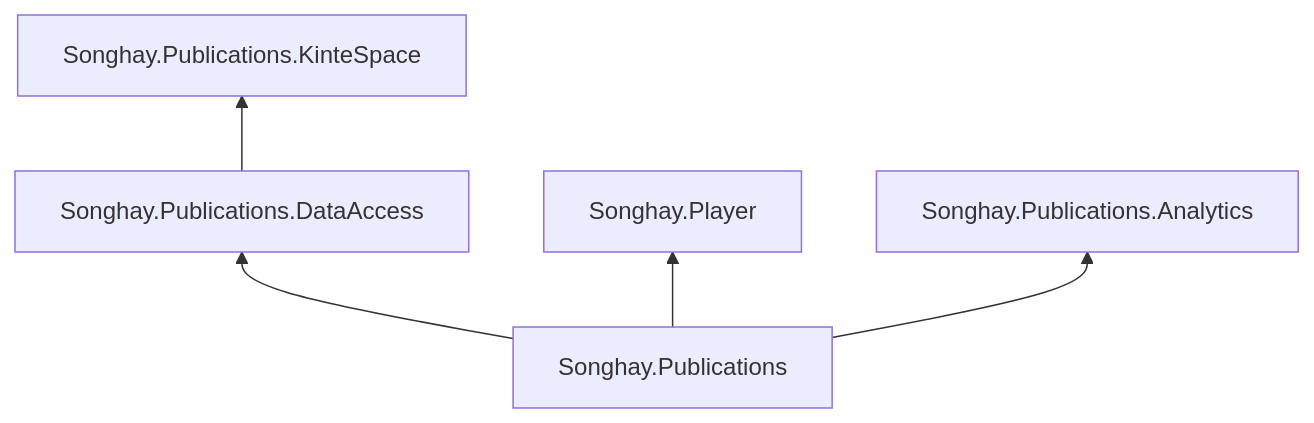
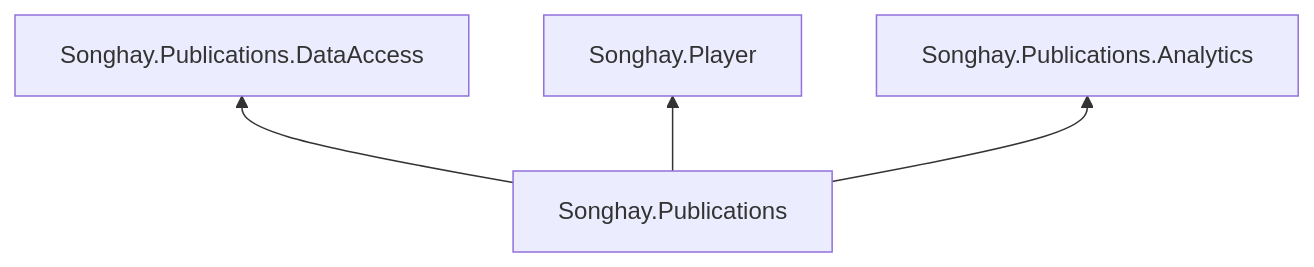
Before and after one commit to BryanWilhite/Songhay.Publications: the diagram in README.md, drawn with Mermaid. The commit also changed other lines of this file, not shown here.

````diff
--- a/README.md
+++ b/README.md
@@ -35,9 +35,8 @@
 ```mermaid
 graph BT
     pubs[Songhay.Publications]
 
     pubs-->1[Songhay.Publications.DataAccess]
     pubs-->2[Songhay.Player]
     pubs-->3[Songhay.Publications.Analytics]
-    1-->4[Songhay.Publications.KinteSpace]
 ```
````
